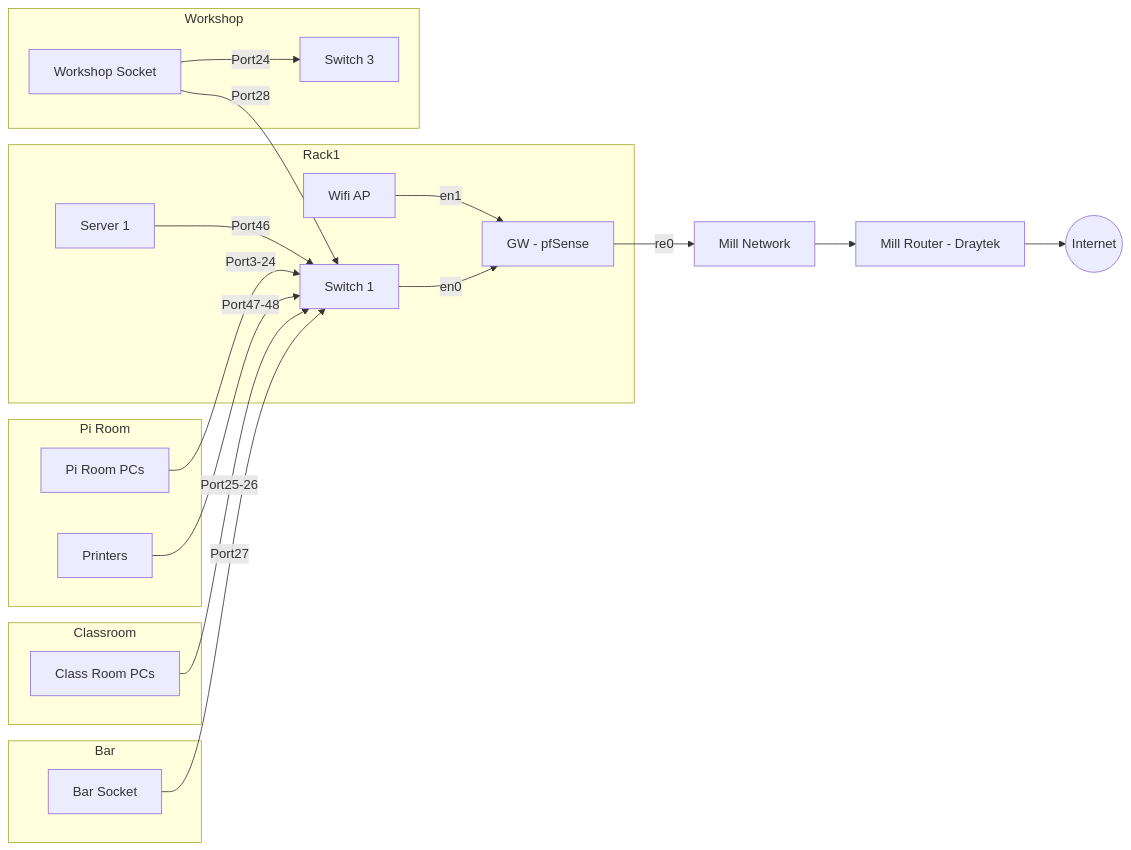
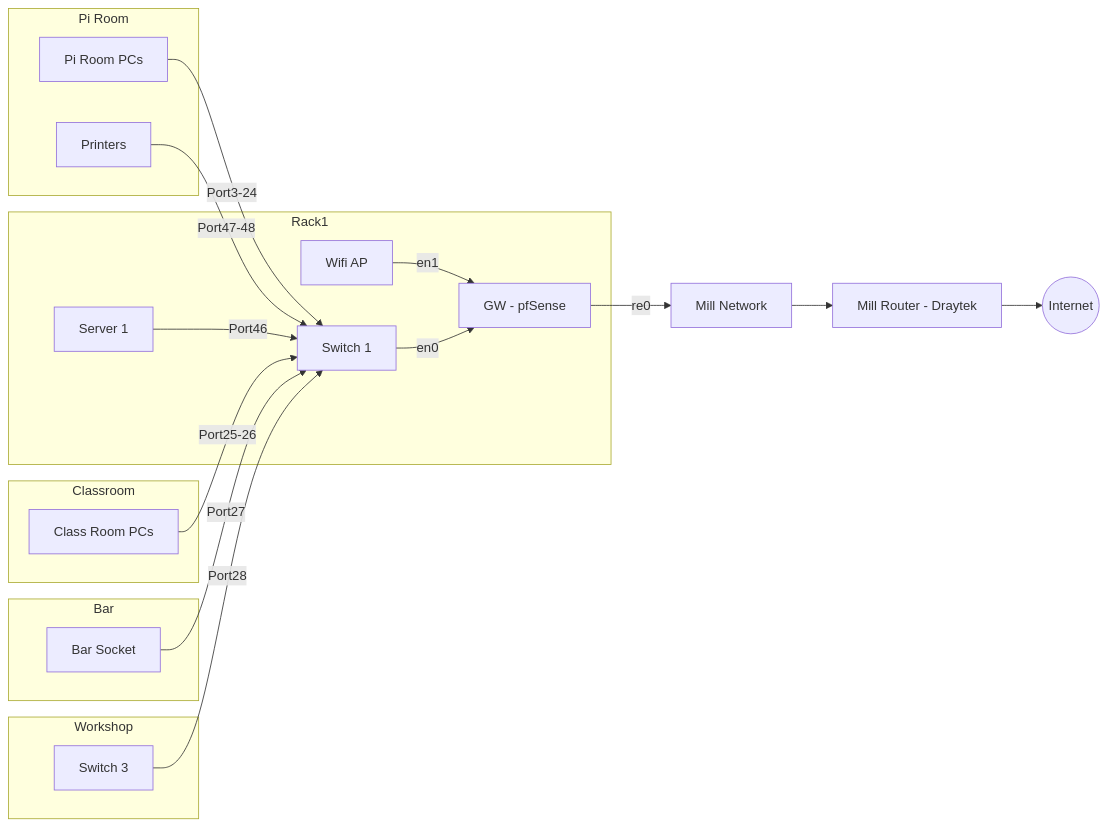
One commit to leigh-hackspace/HackspaceWiki changed the first of 2 diagrams in docs/membership/member_information/network_layout.md. Above: the diagram before and after it, drawn with Mermaid.

````diff
--- a/docs/membership/member_information/network_layout.md
+++ b/docs/membership/member_information/network_layout.md
@@ -17,30 +17,29 @@
 ```mermaid
 graph LR
     subgraph Rack1
     GW[GW - pfSense] 
     AP[Wifi AP] -->|en1| GW
     SWITCH1[Switch 1] -->|en0| GW
     SERVER1[Server 1] -->|Port46| SWITCH1
     end
 
     GW -->|re0| MILL
     MILL[Mill Network] --> MILLROUTER[Mill Router - Draytek] --> INTERNET((Internet))
     
     subgraph Pi Room
     PIROOMPC[Pi Room PCs] -->|Port3-24| SWITCH1
     PRINTERS[Printers] -->|Port47-48| SWITCH1
     end
 
     subgraph Classroom
     CLASSROOMPC[Class Room PCs] -->|Port25-26| SWITCH1
     end
     
     subgraph Bar
     BAR[Bar Socket] -->|Port27| SWITCH1
     end
     
     subgraph Workshop
-    WORKSHOP[Workshop Socket] --> |Port28| SWITCH1
-    WORKSHOP --> |Port24| SWITCH3[Switch 3]
+    SWITCH3[Switch 3] -->|Port28| SWITCH1
     end
 ```
````
